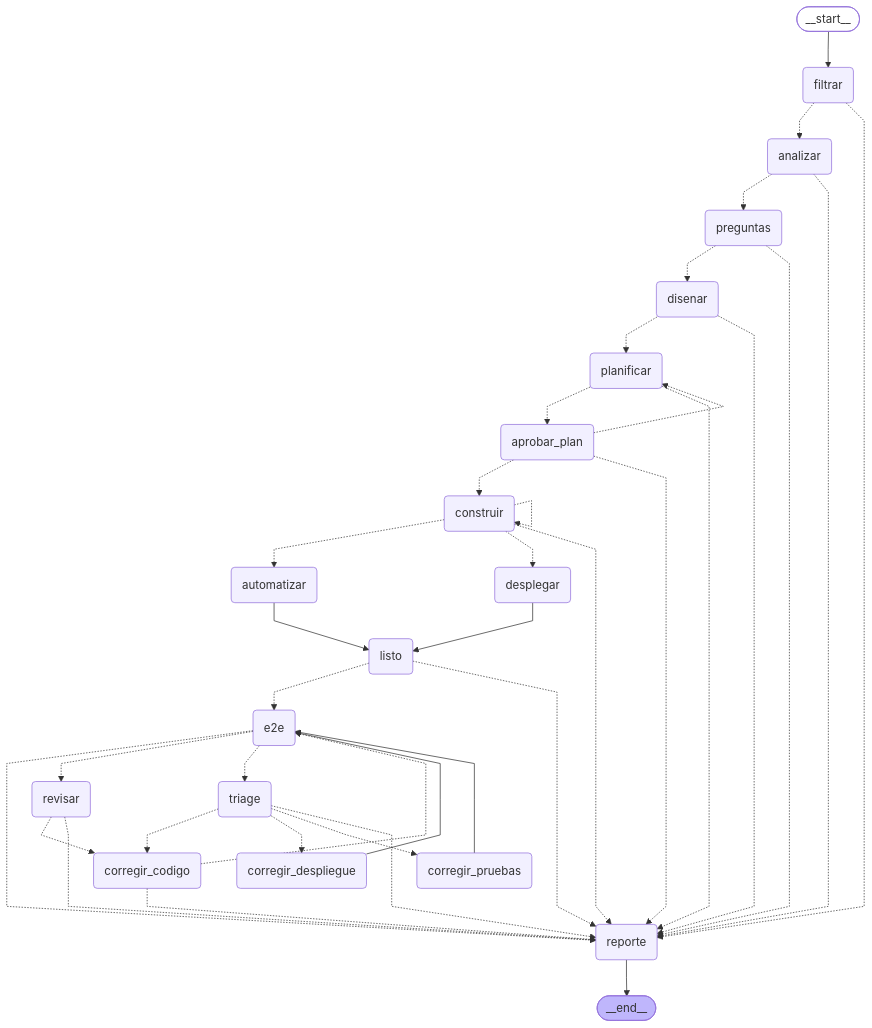
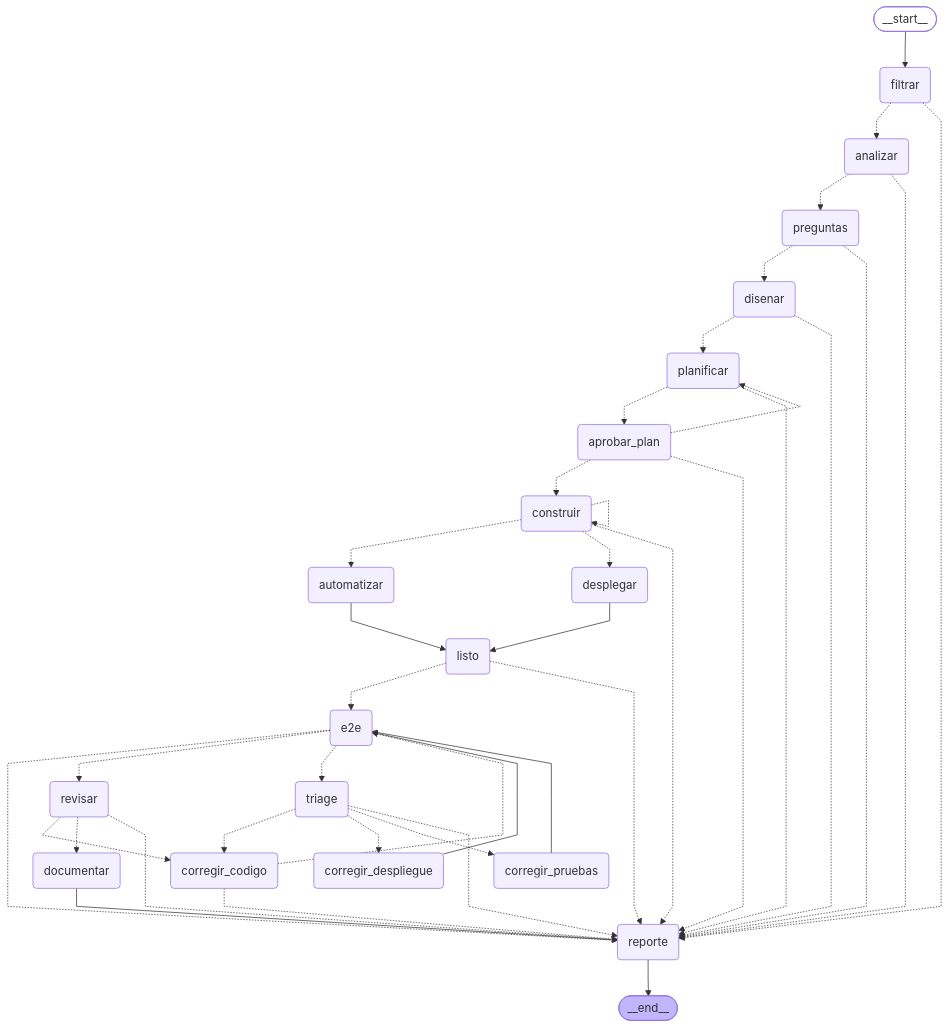
Before and after one commit to Nicolatus95/reto-m3-fabrica-langgraph: the diagram in docs/grafo.mmd, drawn with Mermaid. The commit also changed 7 other files, not shown here.

```diff
--- a/docs/grafo.mmd
+++ b/docs/grafo.mmd
@@ -1,64 +1,67 @@
 ---
 config:
   flowchart:
     curve: linear
 ---
 graph TD;
 	__start__([<p>__start__</p>]):::first
 	filtrar(filtrar)
 	analizar(analizar)
 	preguntas(preguntas)
 	disenar(disenar)
 	planificar(planificar)
 	aprobar_plan(aprobar_plan)
 	construir(construir)
 	desplegar(desplegar)
 	automatizar(automatizar)
 	listo(listo)
 	e2e(e2e)
 	corregir_codigo(corregir_codigo)
 	corregir_pruebas(corregir_pruebas)
 	corregir_despliegue(corregir_despliegue)
 	revisar(revisar)
+	documentar(documentar)
 	reporte(reporte)
 	triage(triage)
 	__end__([<p>__end__</p>]):::last
 	__start__ --> filtrar;
 	analizar -.-> preguntas;
 	analizar -.-> reporte;
 	aprobar_plan -.-> construir;
 	aprobar_plan -.-> planificar;
 	aprobar_plan -.-> reporte;
 	automatizar --> listo;
 	construir -.-> automatizar;
 	construir -.-> desplegar;
 	construir -.-> reporte;
 	corregir_codigo -.-> e2e;
 	corregir_codigo -.-> reporte;
 	corregir_despliegue --> e2e;
 	corregir_pruebas --> e2e;
 	desplegar --> listo;
 	disenar -.-> planificar;
 	disenar -.-> reporte;
+	documentar --> reporte;
 	e2e -.-> reporte;
 	e2e -.-> revisar;
 	e2e -.-> triage;
 	filtrar -.-> analizar;
 	filtrar -.-> reporte;
 	listo -.-> e2e;
 	listo -.-> reporte;
 	planificar -.-> aprobar_plan;
 	planificar -.-> reporte;
 	preguntas -.-> disenar;
 	preguntas -.-> reporte;
 	revisar -.-> corregir_codigo;
+	revisar -.-> documentar;
 	revisar -.-> reporte;
 	triage -.-> corregir_codigo;
 	triage -.-> corregir_despliegue;
 	triage -.-> corregir_pruebas;
 	triage -.-> reporte;
 	reporte --> __end__;
 	construir -.-> construir;
 	classDef default fill:#f2f0ff,line-height:1.2
 	classDef first fill-opacity:0
 	classDef last fill:#bfb6fc
```
